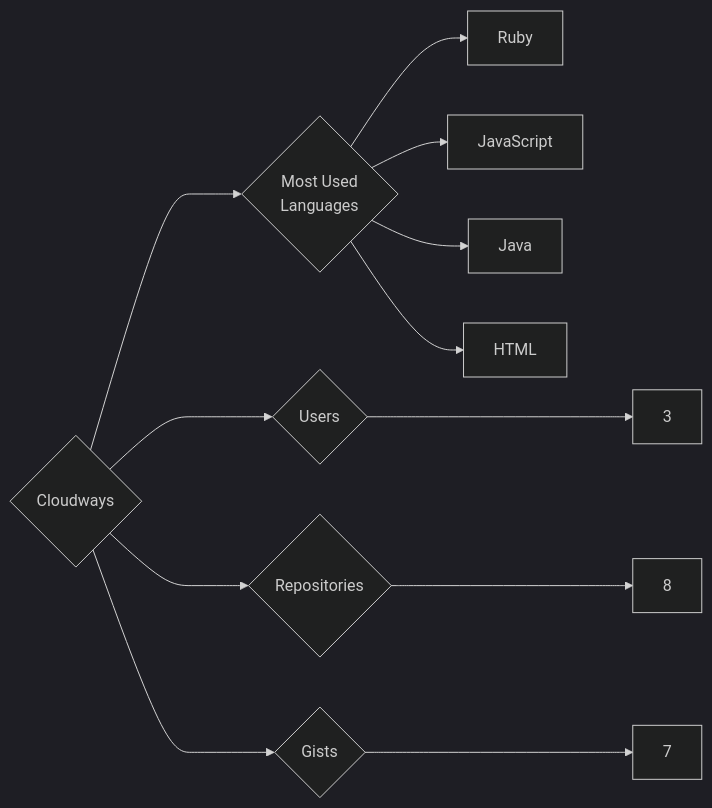
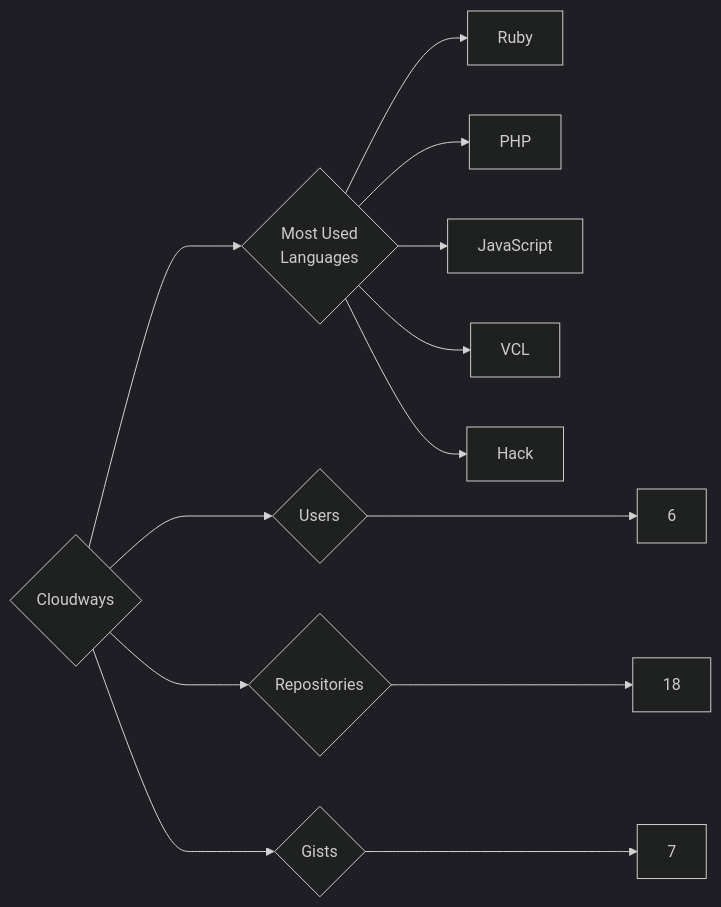
One commit to trickest/insiders changed the diagram in targets/Cloudways/README.md. Above: the diagram before and after it, drawn with Mermaid (dark theme). The commit also changed 679 other files, not shown here.

````diff
--- a/targets/Cloudways/README.md
+++ b/targets/Cloudways/README.md
@@ -3,12 +3,13 @@
 ```mermaid
 graph LR
 COMPANY_NAME{Cloudways}
-COMPANY_NAME ---> U{Users} ---> UN[3]
-COMPANY_NAME ---> R{Repositories} ---> RN[8]
+COMPANY_NAME ---> U{Users} ---> UN[6]
+COMPANY_NAME ---> R{Repositories} ---> RN[18]
 COMPANY_NAME ---> G{Gists} ---> GN[7]
 COMPANY_NAME ---> ML{Most Used<br>Languages}
 ML --> Ruby[Ruby]
+ML --> PHP[PHP]
 ML --> JavaScript[JavaScript]
-ML --> Java[Java]
-ML --> HTML[HTML]
+ML --> VCL[VCL]
+ML --> Hack[Hack]
 ```
````
